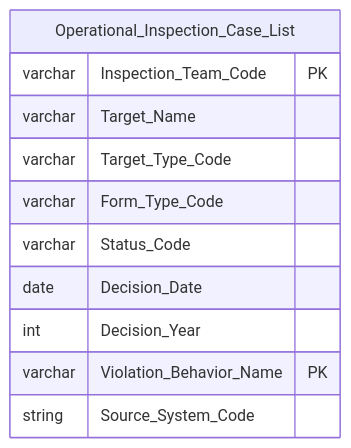
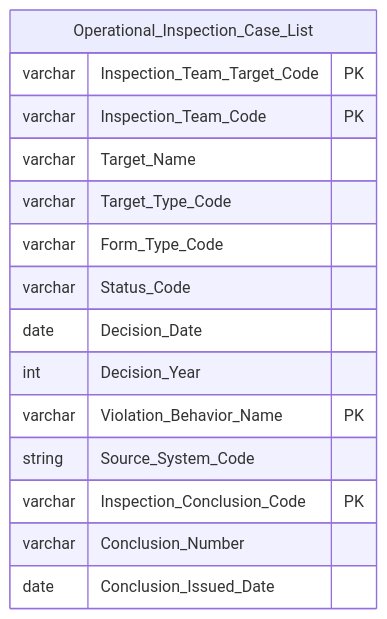
Before and after one commit to linhlvit/ubck_atomic_design: diagram 24 of 54 in Datamart/hld/DTM_TT_HLD.md, drawn with Mermaid. The commit also changed other lines of this file and 12 other files, not shown here.

````diff
--- a/Datamart/hld/DTM_TT_HLD.md
+++ b/Datamart/hld/DTM_TT_HLD.md
@@ -985,14 +991,18 @@
 ```mermaid
 erDiagram
     Operational_Inspection_Case_List {
+        varchar Inspection_Team_Target_Code PK
         varchar Inspection_Team_Code PK
         varchar Target_Name
         varchar Target_Type_Code
         varchar Form_Type_Code
         varchar Status_Code
         date Decision_Date
         int Decision_Year
         varchar Violation_Behavior_Name PK
         string Source_System_Code
+        varchar Inspection_Conclusion_Code PK
+        varchar Conclusion_Number
+        date Conclusion_Issued_Date
     }
 ```
````
